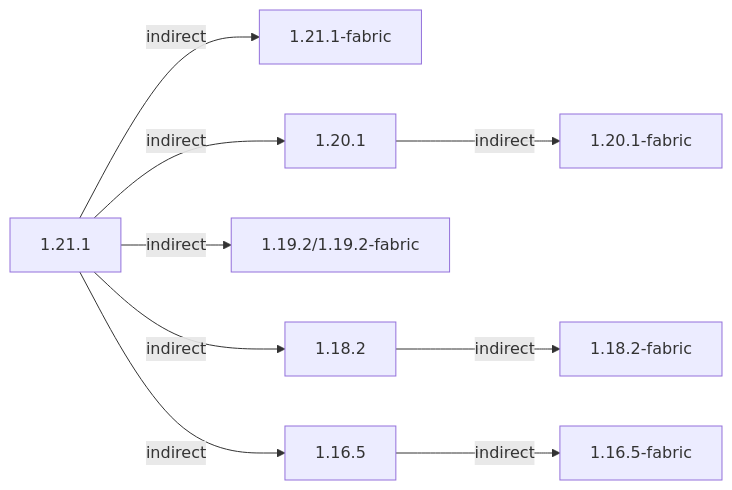
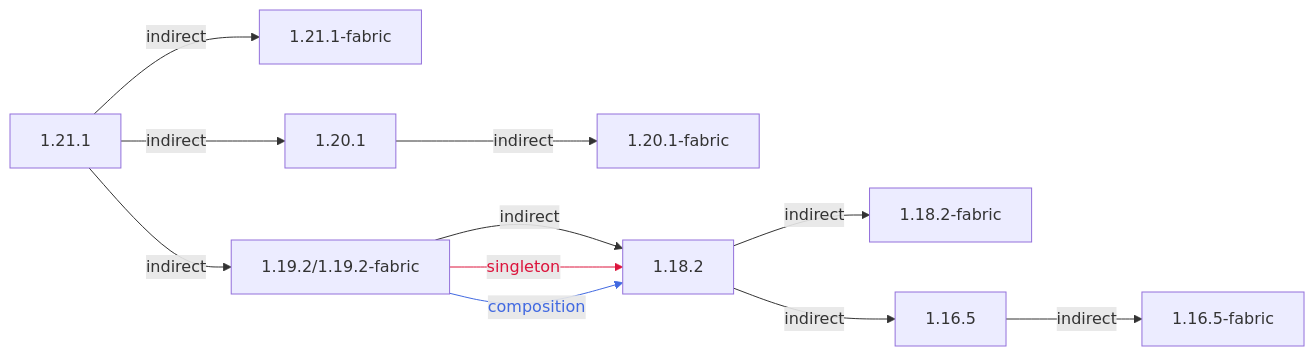
Before and after one commit to CFPAOrg/Minecraft-Mod-Language-Package: the diagram in projects/1.21/assets/macaws-bridges/mcwbridges/README.md, drawn with Mermaid. The commit also changed other lines of this file and 28 other files, not shown here.

````diff
--- a/projects/1.21/assets/macaws-bridges/mcwbridges/README.md
+++ b/projects/1.21/assets/macaws-bridges/mcwbridges/README.md
@@ -3,9 +3,12 @@
 ```mermaid
 flowchart LR
     1.21.1 -->|indirect| 1.21.1-fabric
     1.20.1 -->|indirect| 1.20.1-fabric
-    1.19.2/1.19.2-fabric
-    1.18.2 -->|indirect| 1.18.2-fabric
-    1.16.5 -->|indirect| 1.16.5-fabric
-    1.21.1 -->|indirect| 1.20.1 & 1.19.2/1.19.2-fabric & 1.18.2 & 1.16.5
+    1.21.1 -->|indirect| 1.19.2/1.19.2-fabric -->|indirect| 1.18.2 -->|indirect| 1.18.2-fabric
+    1.19.2/1.19.2-fabric -->|singleton| 1.18.2
+    1.19.2/1.19.2-fabric -->|composition| 1.18.2
+    1.18.2 -->|indirect| 1.16.5 -->|indirect| 1.16.5-fabric
+    1.21.1 -->|indirect| 1.20.1
+    linkStyle 5 color:crimson,stroke:crimson
+    linkStyle 6 color:royalblue,stroke:royalblue
 ```
````
